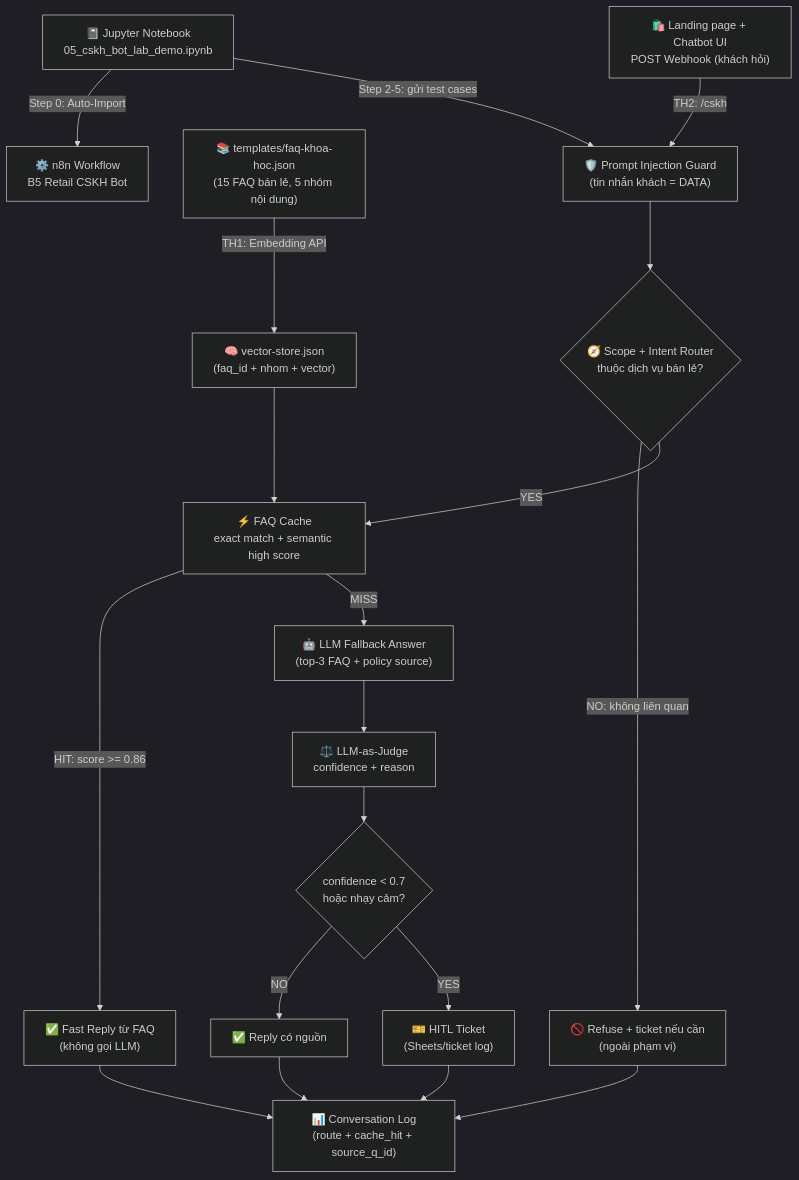
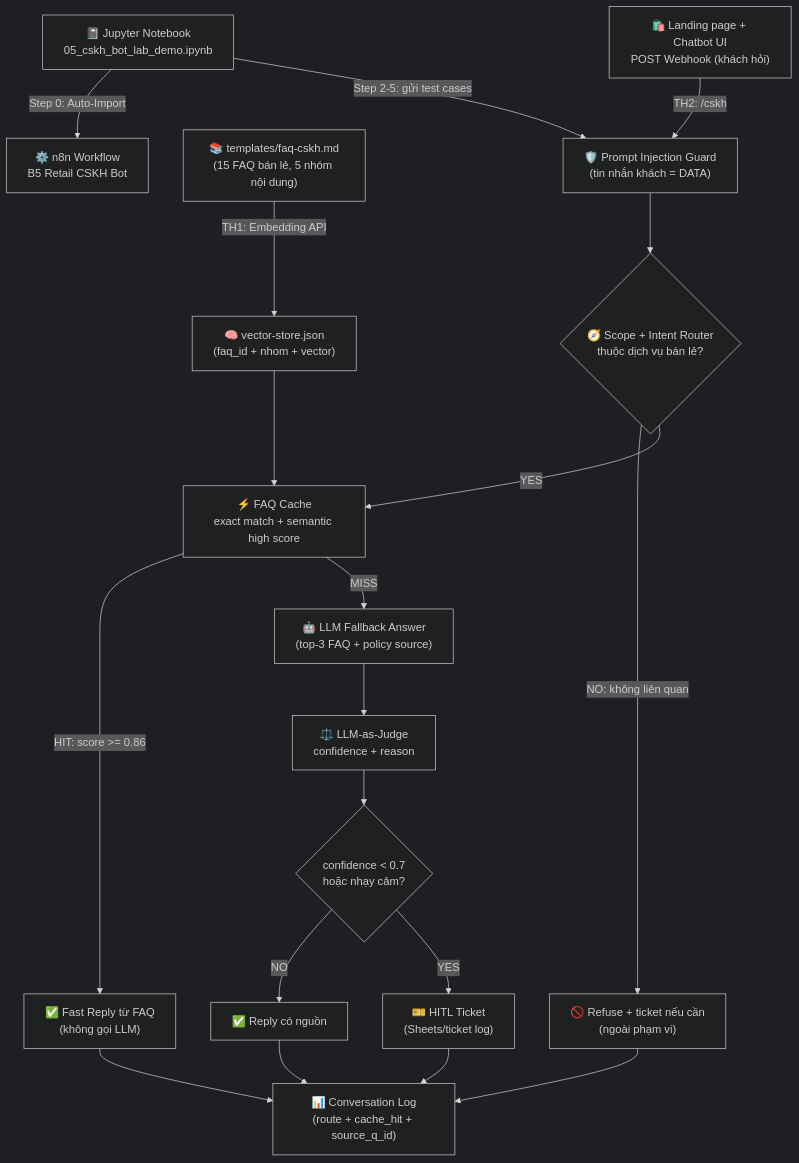
One commit to alobase-org/hocvien_k1_aiautomation changed the diagram in 05-cskh-bot/lab.md. Above: the diagram before and after it, drawn with Mermaid (dark theme). The commit also changed other lines of this file and 161 other files, not shown here.

````diff
--- a/05-cskh-bot/lab.md
+++ b/05-cskh-bot/lab.md
@@ -88,21 +88,21 @@
 ```mermaid
 flowchart TD
     Z["📓 Jupyter Notebook<br/>05_cskh_bot_lab_demo.ipynb"] -->|Step 0: Auto-Import| W["⚙️ n8n Workflow<br/>B5 Retail CSKH Bot"]
-    A["📚 templates/faq-khoa-hoc.json<br/>(15 FAQ bán lẻ, 5 nhóm nội dung)"] -->|TH1: Embedding API| B["🧠 vector-store.json<br/>(faq_id + nhom + vector)"]
+    A["📚 templates/faq-cskh.md<br/>(15 FAQ bán lẻ, 5 nhóm nội dung)"] -->|TH1: Embedding API| B["🧠 vector-store.json<br/>(faq_id + nhom + vector)"]
     C["🛍️ Landing page + Chatbot UI<br/>POST Webhook (khách hỏi)"] -->|TH2: /cskh| D["🛡️ Prompt Injection Guard<br/>(tin nhắn khách = DATA)"]
     Z -->|Step 2-5: gửi test cases| D
     D --> E{"🧭 Scope + Intent Router<br/>thuộc dịch vụ bán lẻ?"}
     E -- "NO: không liên quan" --> R["🚫 Refuse + ticket nếu cần<br/>(ngoài phạm vi)"]
     E -- "YES" --> F["⚡ FAQ Cache<br/>exact match + semantic high score"]
     B --> F
     F -- "HIT: score >= 0.86" --> G["✅ Fast Reply từ FAQ<br/>(không gọi LLM)"]
     F -- "MISS" --> H["🤖 LLM Fallback Answer<br/>(top-3 FAQ + policy source)"]
     H --> J["⚖️ LLM-as-Judge<br/>confidence + reason"]
     J --> K{"confidence < 0.7<br/>hoặc nhạy cảm?"}
     K -- "NO" --> L["✅ Reply có nguồn"]
     K -- "YES" --> M["🎫 HITL Ticket<br/>(Sheets/ticket log)"]
     G --> N["📊 Conversation Log<br/>(route + cache_hit + source_q_id)"]
     L --> N
     M --> N
     R --> N
 ```
````
